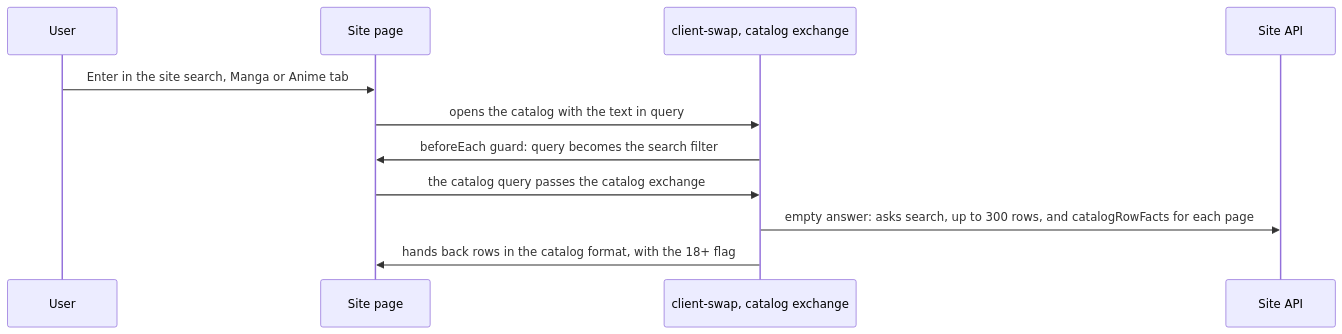
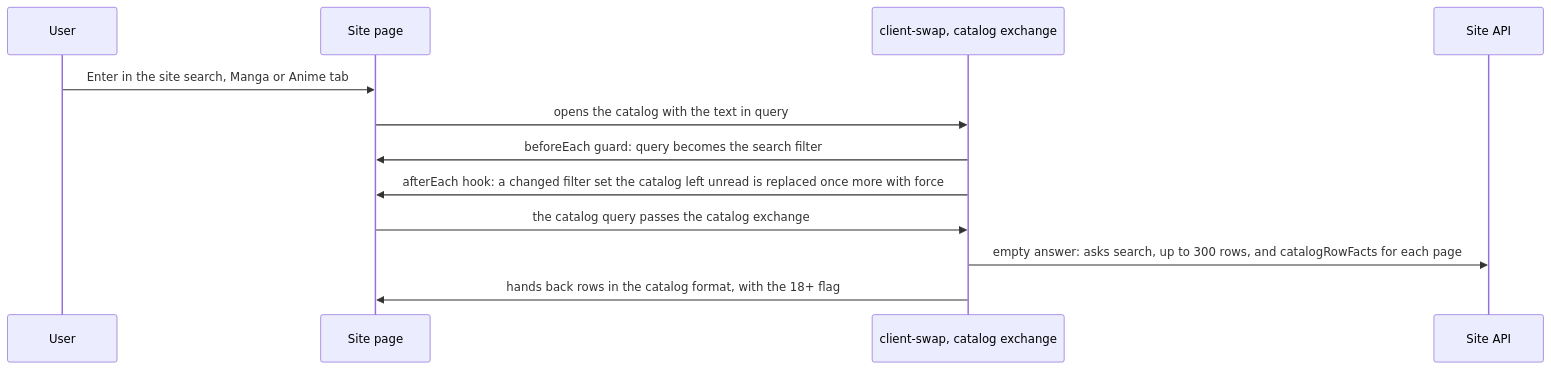
One commit to Antawq/senkuro-tools changed the sixth of 8 diagrams in docs/architecture.md. Above: the diagram before and after it, drawn with Mermaid. The commit also changed 6 other files, not shown here.

Commit message:
fix: replay catalog list changes the catalog left unread

````diff
--- a/docs/architecture.md
+++ b/docs/architecture.md
@@ -101,13 +101,14 @@
 ```mermaid
 sequenceDiagram
   participant U as User
   participant S as Site page
   participant H as client-swap, catalog exchange
   participant A as Site API
   U->>S: Enter in the site search, Manga or Anime tab
   S->>H: opens the catalog with the text in query
   H->>S: beforeEach guard: query becomes the search filter
+  H->>S: afterEach hook: a changed filter set the catalog left unread is replaced once more with force
   S->>H: the catalog query passes the catalog exchange
   H->>A: empty answer: asks search, up to 300 rows, and catalogRowFacts for each page
   H->>S: hands back rows in the catalog format, with the 18+ flag
 ```
````
